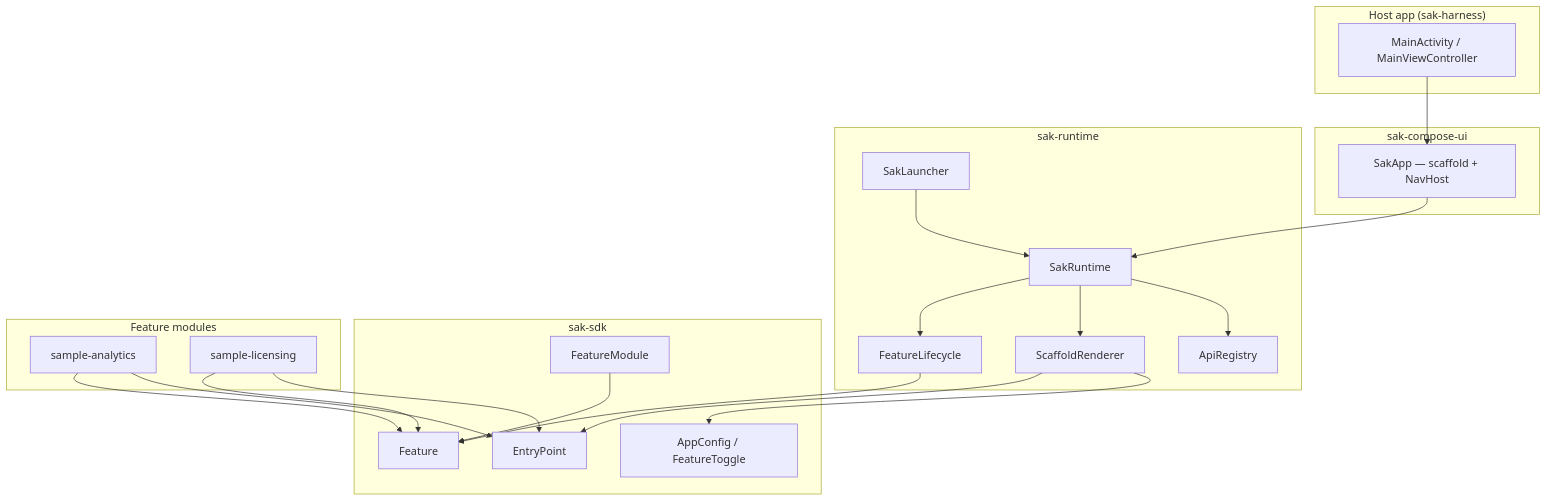
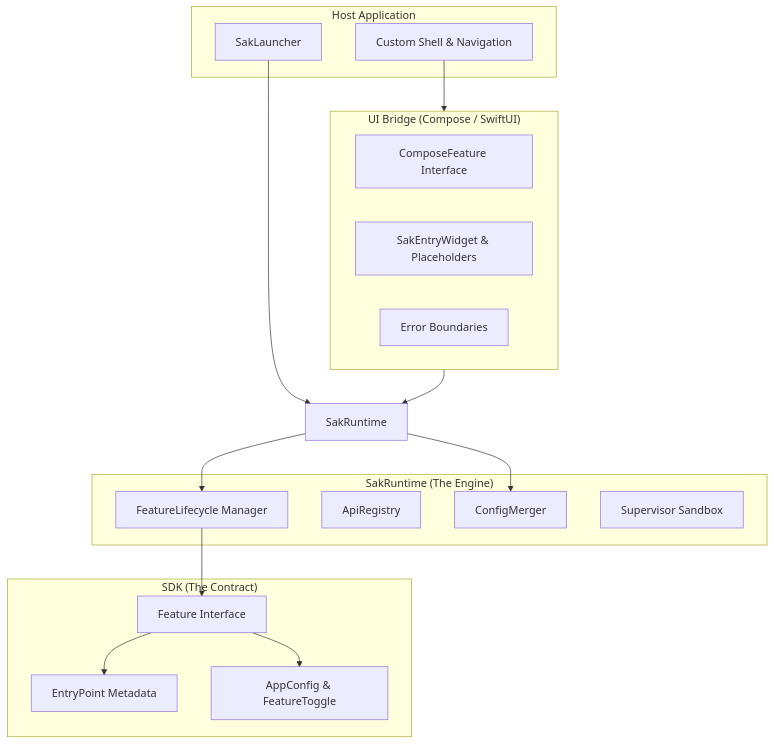
Before and after one commit to san-sk/sak: the diagram in docs/ARCHITECTURE.md, drawn with Mermaid. The commit also changed other lines of this file and 42 other files, not shown here.

First line of the commit message:
Refactor: Remove scaffold config, fix KMP deps, and resolve navigation crash

````diff
--- a/docs/ARCHITECTURE.md
+++ b/docs/ARCHITECTURE.md
@@ -13,45 +9,35 @@
 ```mermaid
 flowchart TB
-    subgraph Host["Host app (sak-harness)"]
-        H[MainActivity / MainViewController]
+    subgraph Host["Host Application"]
+        H_UI[Custom Shell & Navigation]
+        H_L[SakLauncher]
     end
 
-    subgraph UI["sak-compose-ui"]
-        SA[SakApp — scaffold + NavHost]
+    subgraph UI_Bridge["UI Bridge (Compose / SwiftUI)"]
+        CB[ComposeFeature Interface]
+        SEW[SakEntryWidget & Placeholders]
+        EB[Error Boundaries]
     end
 
-    subgraph Runtime["sak-runtime"]
-        SL[SakLauncher]
-        SR[SakRuntime]
-        FL[FeatureLifecycle]
-        SCR[ScaffoldRenderer]
+    subgraph Runtime["SakRuntime (The Engine)"]
+        FL[FeatureLifecycle Manager]
         AR[ApiRegistry]
+        CM[ConfigMerger]
+        SB[Supervisor Sandbox]
     end
 
-    subgraph SDK["sak-sdk"]
-        F[Feature]
-        CFG[AppConfig / FeatureToggle]
-        EP[EntryPoint]
-        FM[FeatureModule]
+    subgraph SDK["SDK (The Contract)"]
+        F[Feature Interface]
+        EP[EntryPoint Metadata]
+        CFG[AppConfig & FeatureToggle]
     end
 
-    subgraph Features["Feature modules"]
-        A[sample-analytics]
-        L[sample-licensing]
-    end
-
-    H --> SA
-    SA --> SR
-    SL --> SR
-    SR --> FL
-    SR --> SCR
-    SR --> AR
+    H_L --> SakRuntime
+    H_UI --> UI_Bridge
+    UI_Bridge --> SakRuntime
+    SakRuntime --> FL
+    SakRuntime --> CM
     FL --> F
-    SCR --> EP
-    SCR --> CFG
-    FM --> F
-    A --> F
-    L --> F
-    A --> EP
-    L --> EP
+    F --> EP
+    F --> CFG
 ```
````
